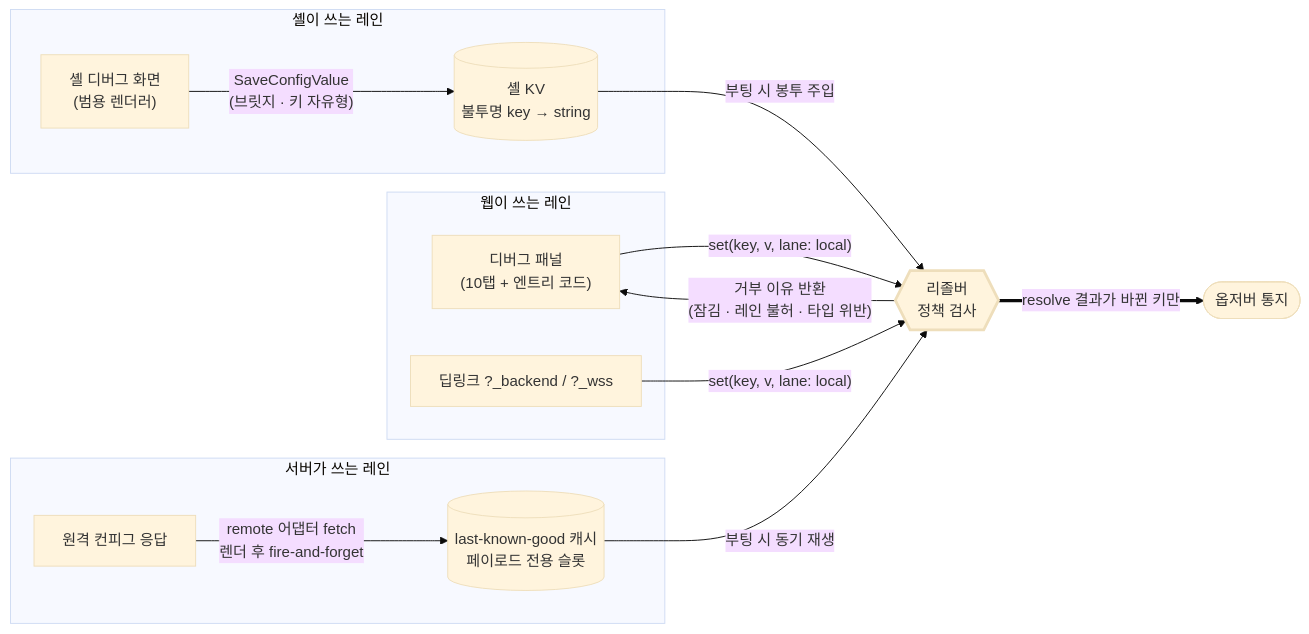
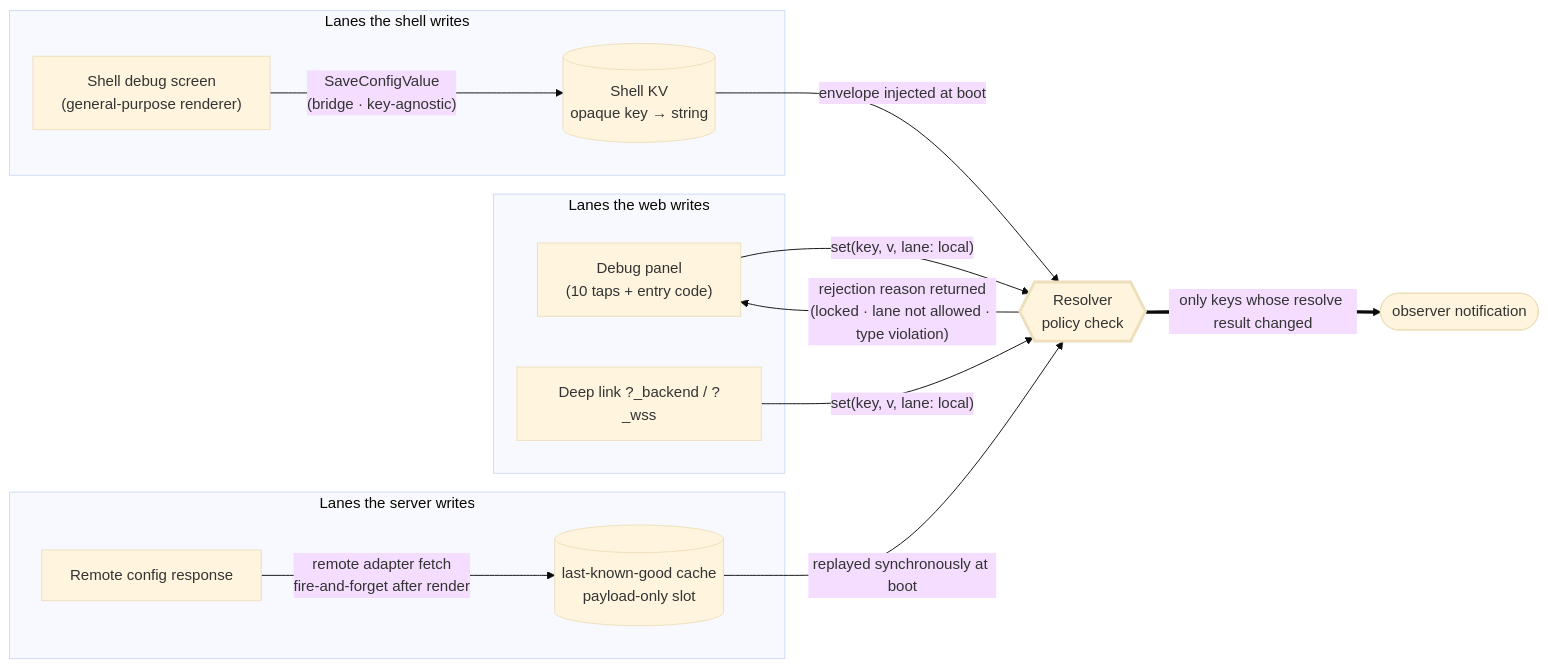
One commit to lemoncloud-io/dou-app changed the third of 4 diagrams in docs/adr/0079-config-registry-and-lane-resolver.md. Above: the diagram before and after it, drawn with Mermaid (base theme). The commit also changed other lines of this file and 62 other files, not shown here.

````diff
--- a/docs/adr/0079-config-registry-and-lane-resolver.md
+++ b/docs/adr/0079-config-registry-and-lane-resolver.md
@@ -831,29 +921,29 @@
 ```mermaid
 flowchart LR
-    subgraph web["웹이 쓰는 레인"]
-        PANEL["디버그 패널<br/>(10탭 + 엔트리 코드)"]
-        LINK["딥링크 ?_backend / ?_wss"]
+    subgraph web["Lanes the web writes"]
+        PANEL["Debug panel<br/>(10 taps + entry code)"]
+        LINK["Deep link ?_backend / ?_wss"]
     end
-    subgraph shell["셸이 쓰는 레인"]
-        SCR["셸 디버그 화면<br/>(범용 렌더러)"]
-        KV[("셸 KV<br/>불투명 key → string")]
+    subgraph shell["Lanes the shell writes"]
+        SCR["Shell debug screen<br/>(general-purpose renderer)"]
+        KV[("Shell KV<br/>opaque key → string")]
     end
-    subgraph srv["서버가 쓰는 레인"]
-        API["원격 컨피그 응답"]
-        LKG[("last-known-good 캐시<br/>페이로드 전용 슬롯")]
+    subgraph srv["Lanes the server writes"]
+        API["Remote config response"]
+        LKG[("last-known-good cache<br/>payload-only slot")]
     end
 
-    RES{{"리졸버<br/>정책 검사"}}
+    RES{{"Resolver<br/>policy check"}}
 
     PANEL -->|"set(key, v, lane: local)"| RES
     LINK -->|"set(key, v, lane: local)"| RES
-    SCR -->|"SaveConfigValue<br/>(브릿지 · 키 자유형)"| KV
-    KV -->|"부팅 시 봉투 주입"| RES
-    API -->|"remote 어댑터 fetch<br/>렌더 후 fire-and-forget"| LKG
-    LKG -->|"부팅 시 동기 재생"| RES
+    SCR -->|"SaveConfigValue<br/>(bridge · key-agnostic)"| KV
+    KV -->|"envelope injected at boot"| RES
+    API -->|"remote adapter fetch<br/>fire-and-forget after render"| LKG
+    LKG -->|"replayed synchronously at boot"| RES
 
-    RES -->|"거부 이유 반환<br/>(잠김 · 레인 불허 · 타입 위반)"| PANEL
-    RES ==>|"resolve 결과가 바뀐 키만"| OBS(["옵저버 통지"])
+    RES -->|"rejection reason returned<br/>(locked · lane not allowed · type violation)"| PANEL
+    RES ==>|"only keys whose resolve result changed"| OBS(["observer notification"])
 
     style RES stroke-width:3px
 ```
````
